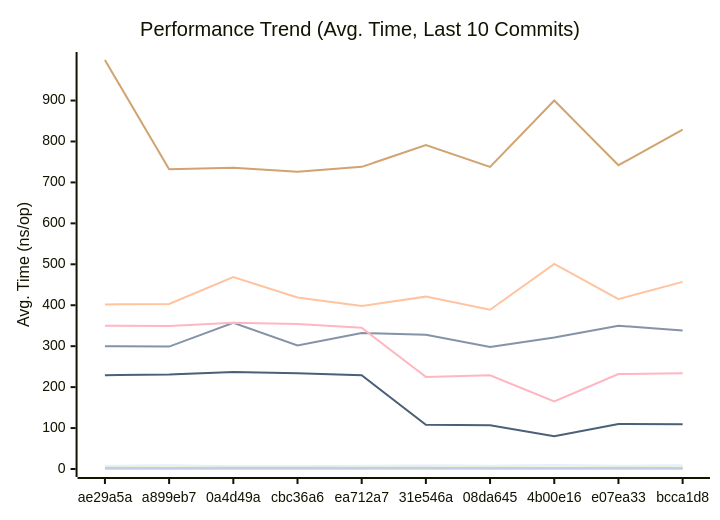
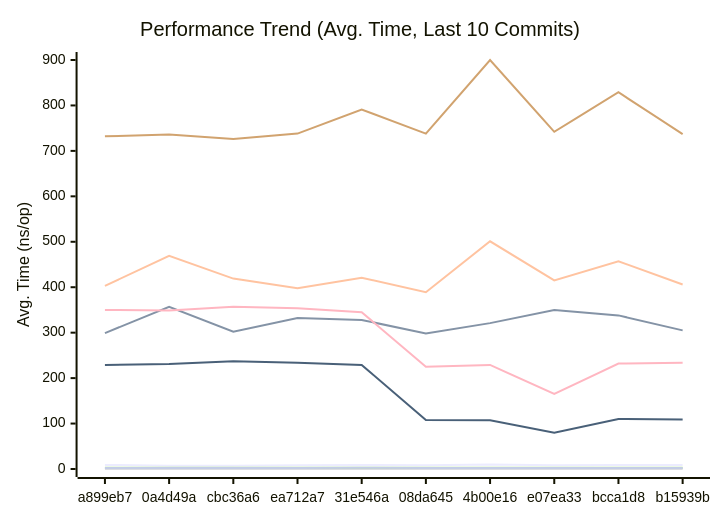
Before and after one commit to alsotoes/momo: the first of 3 diagrams in docs/PERFORMANCE.md, drawn with Mermaid. The commit also changed other lines of this file and 4 other files, not shown here.

````diff
--- a/docs/PERFORMANCE.md
+++ b/docs/PERFORMANCE.md
@@ -80,16 +80,16 @@
 ```mermaid
 xychart-beta
     title "Performance Trend (Avg. Time, Last 10 Commits)"
     x-axis "Commit"
     y-axis "Avg. Time (ns/op)"
-    x-axis [ae29a5a,a899eb7,0a4d49a,cbc36a6,ea712a7,31e546a,08da645,4b00e16,e07ea33,bcca1d8]
-    line "CheckMetricsAndSwap" [8,9,7,7,8,9,8,10,8,9]
-    line "CrushOptimized" [300,299,357,302,332,328,298,321,350,338]
-    line "CrushOriginal" [402,403,469,419,398,421,389,501,415,457]
+    x-axis [a899eb7,0a4d49a,cbc36a6,ea712a7,31e546a,08da645,4b00e16,e07ea33,bcca1d8,b15939b]
+    line "CheckMetricsAndSwap" [9,7,7,8,9,8,10,8,9,9]
+    line "CrushOptimized" [299,357,302,332,328,298,321,350,338,305]
+    line "CrushOriginal" [403,469,419,398,421,389,501,415,457,406]
     line "IndexDirectTracking" [0,0,0,0,0,0,0,0,0,0]
     line "IndexSearch" [3,3,3,3,3,3,3,3,3,3]
-    line "LoadGlobalConfig" [999,732,736,726,738,791,738,900,742,829]
-    line "PadString" [2,2,2,2,2,3,2,2,2,2]
+    line "LoadGlobalConfig" [732,736,726,738,791,738,900,742,829,737]
+    line "PadString" [2,2,2,2,3,2,2,2,2,2]
     line "ParseReplicationOrder_NoPrealloc" [350,349,357,354,345,225,229,165,232,234]
     line "ParseReplicationOrder_Prealloc" [229,231,237,234,229,108,107,80,110,109]
 ```
````
